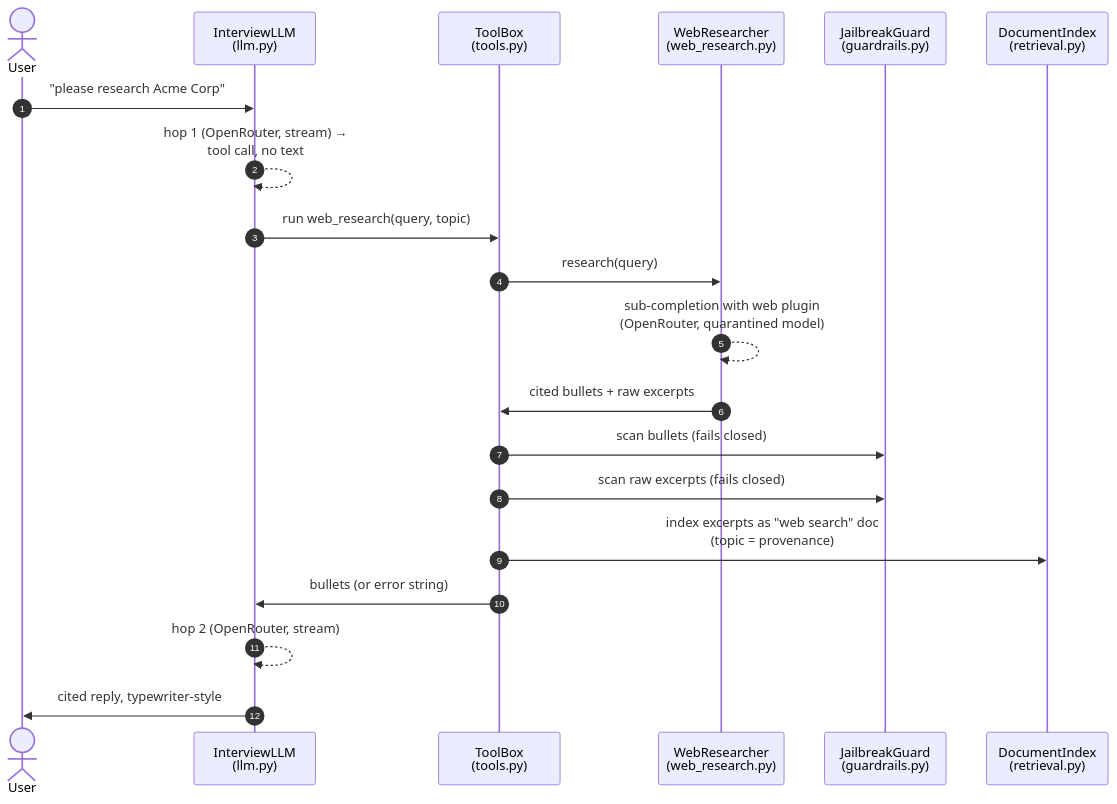
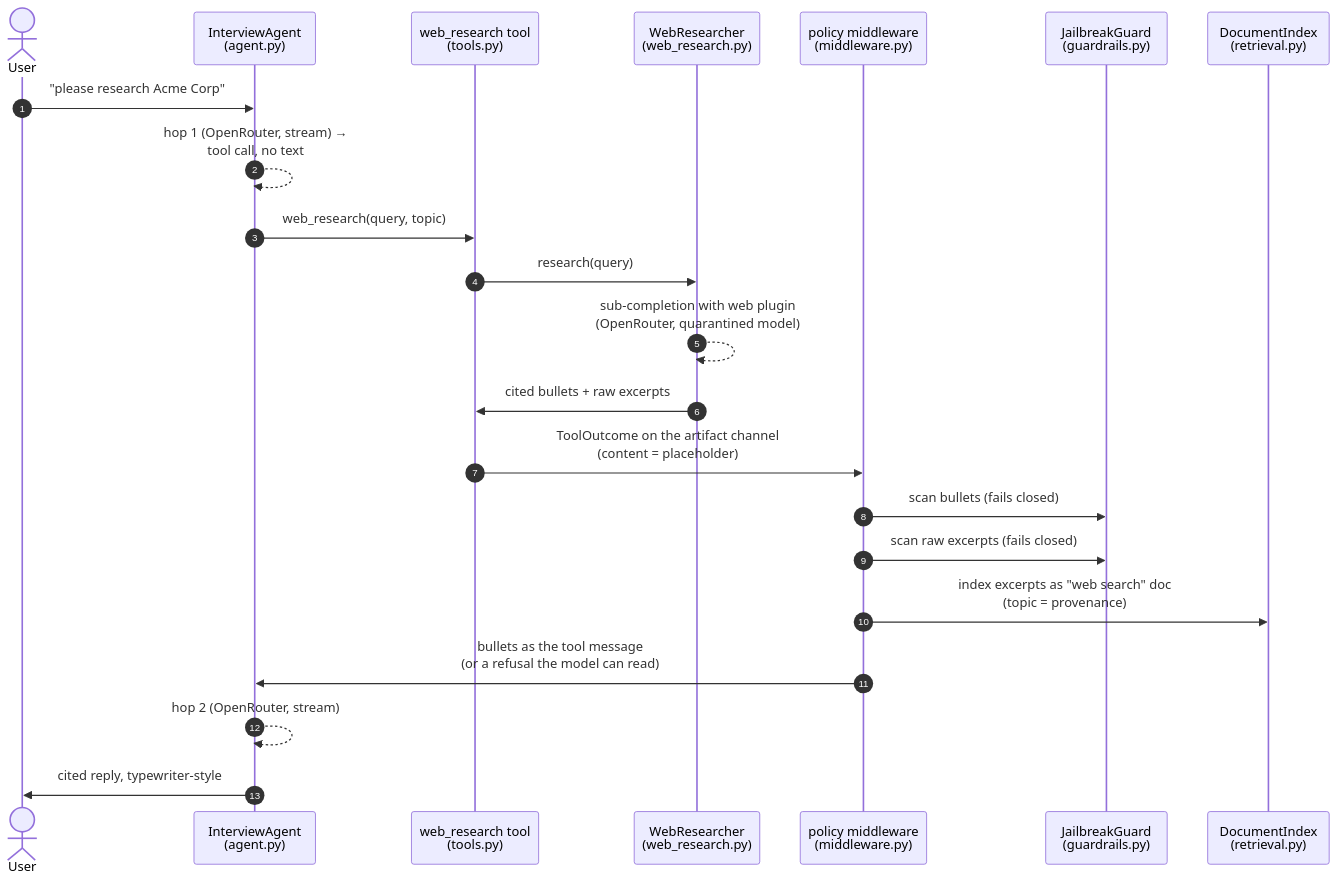
Before and after one commit to DukeOfErl/interv_preper: the second of 7 diagrams in docs/diagrams/architecture.md, drawn with Mermaid. The commit also changed other lines of this file and 22 other files, not shown here.

````diff
--- a/docs/diagrams/architecture.md
+++ b/docs/diagrams/architecture.md
@@ -68,23 +68,25 @@
 ```mermaid
 sequenceDiagram
     autonumber
     actor U as User
-    participant L as InterviewLLM<br/>(llm.py)
-    participant T as ToolBox<br/>(tools.py)
+    participant L as InterviewAgent<br/>(agent.py)
+    participant T as web_research tool<br/>(tools.py)
     participant W as WebResearcher<br/>(web_research.py)
+    participant P as policy middleware<br/>(middleware.py)
     participant G as JailbreakGuard<br/>(guardrails.py)
     participant R as DocumentIndex<br/>(retrieval.py)
 
     U->>L: "please research Acme Corp"
     L-->>L: hop 1 (OpenRouter, stream) →<br/>tool call, no text
-    L->>T: run web_research(query, topic)
+    L->>T: web_research(query, topic)
     T->>W: research(query)
     W-->>W: sub-completion with web plugin<br/>(OpenRouter, quarantined model)
     W->>T: cited bullets + raw excerpts
-    T->>G: scan bullets (fails closed)
-    T->>G: scan raw excerpts (fails closed)
-    T->>R: index excerpts as "web search" doc<br/>(topic = provenance)
-    T->>L: bullets (or error string)
+    T->>P: ToolOutcome on the artifact channel<br/>(content = placeholder)
+    P->>G: scan bullets (fails closed)
+    P->>G: scan raw excerpts (fails closed)
+    P->>R: index excerpts as "web search" doc<br/>(topic = provenance)
+    P->>L: bullets as the tool message<br/>(or a refusal the model can read)
     L-->>L: hop 2 (OpenRouter, stream)
     L->>U: cited reply, typewriter-style
 ```
````
